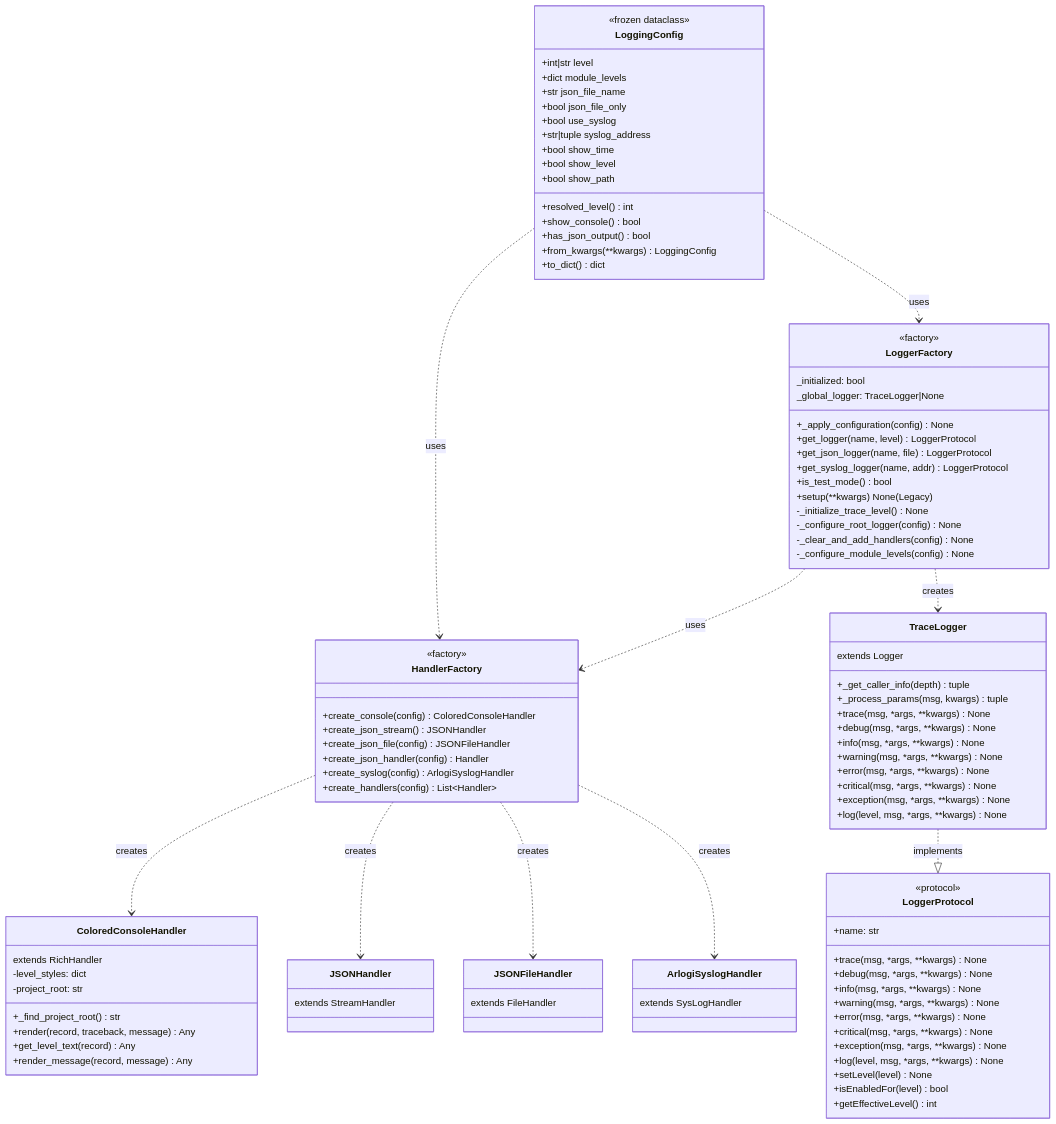
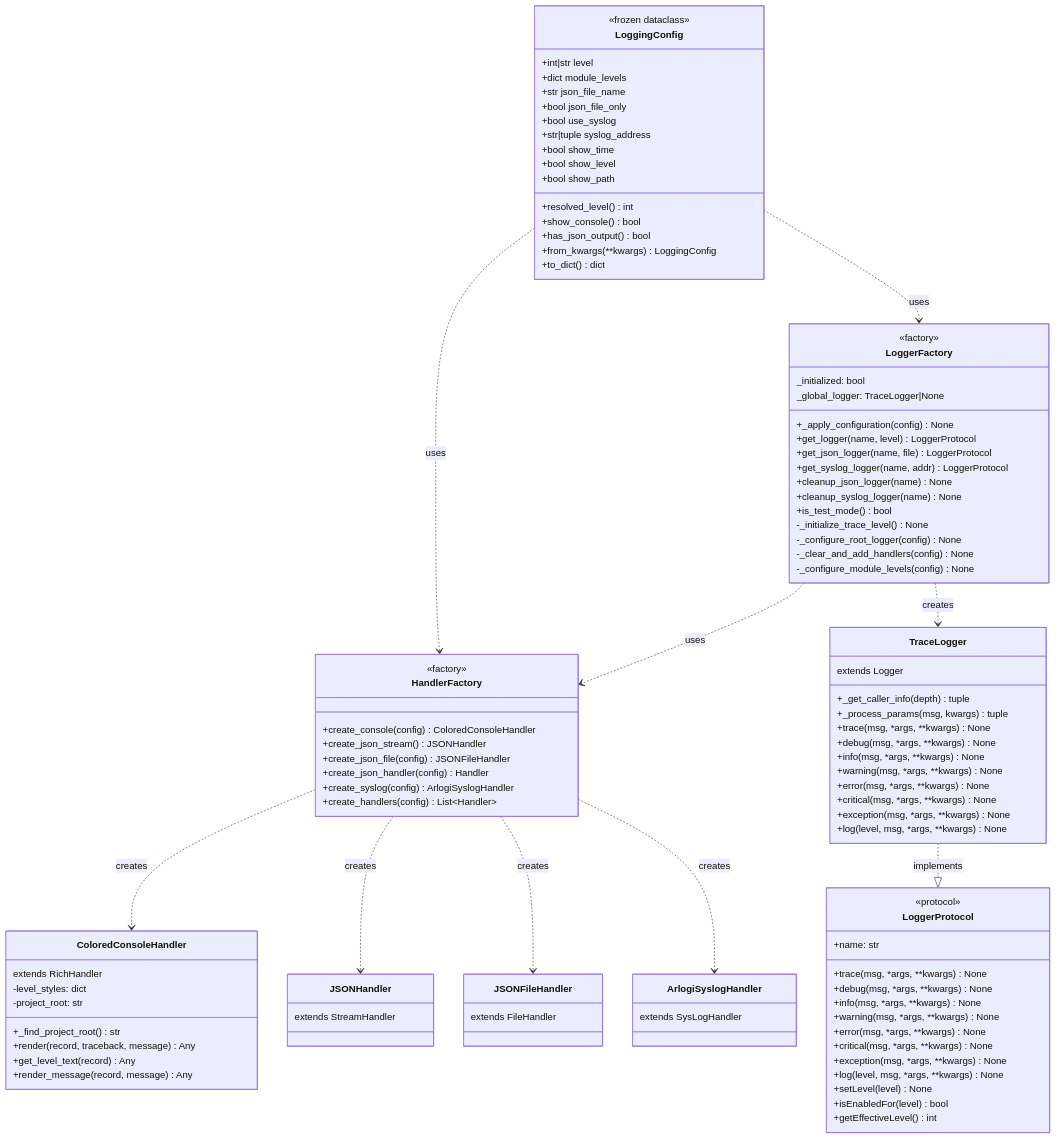
Before and after one commit to antragh/arlogi: the fifth of 8 diagrams in docs/ARCHITECTURE.md, drawn with Mermaid. The commit also changed other lines of this file and 25 other files, not shown here.

```diff
--- a/docs/ARCHITECTURE.md
+++ b/docs/ARCHITECTURE.md
@@ -201,8 +201,9 @@
         +get_logger(name, level) LoggerProtocol
         +get_json_logger(name, file) LoggerProtocol
         +get_syslog_logger(name, addr) LoggerProtocol
+        +cleanup_json_logger(name) None
+        +cleanup_syslog_logger(name) None
         +is_test_mode() bool
-        +setup(**kwargs) None (Legacy)
         -_initialize_trace_level() None
         -_configure_root_logger(config) None
         -_clear_and_add_handlers(config) None
```
